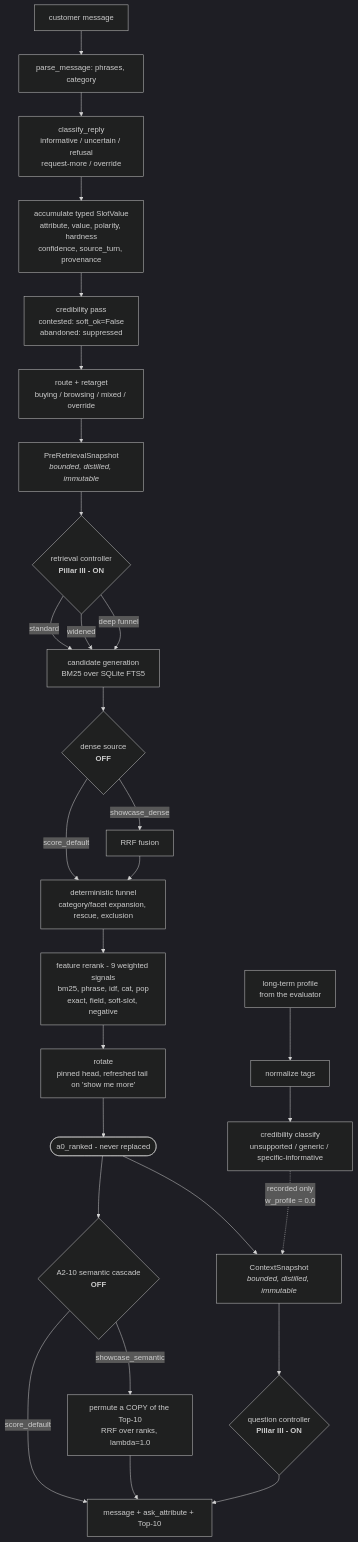
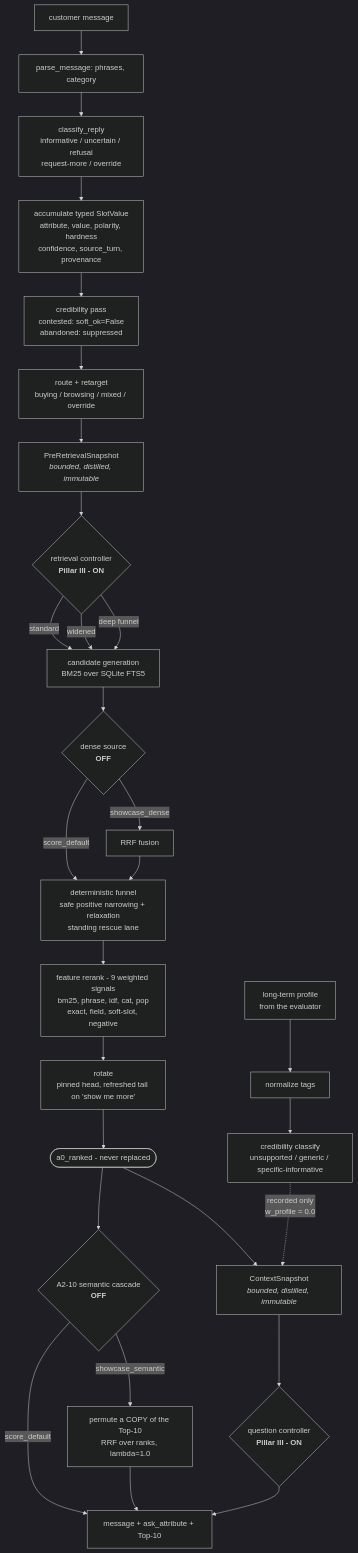
Before and after one commit to Kairon-2005/techjam2026: the diagram in docs/ARCHITECTURE.md, drawn with Mermaid (dark theme). The commit also changed other lines of this file and 8 other files, not shown here.

````diff
--- a/docs/ARCHITECTURE.md
+++ b/docs/ARCHITECTURE.md
@@ -22,36 +22,36 @@
 ```mermaid
 flowchart TD
     MSG["customer message"] --> PARSE["parse_message: phrases, category"]
     PARSE --> CLASSIFY["classify_reply<br/>informative / uncertain / refusal<br/>request-more / override"]
     CLASSIFY --> EVID["accumulate typed SlotValue<br/>attribute, value, polarity, hardness<br/>confidence, source_turn, provenance"]
     EVID --> CRED["credibility pass<br/>contested: soft_ok=False<br/>abandoned: suppressed"]
     CRED --> ROUTE["route + retarget<br/>buying / browsing / mixed / override"]
 
     ROUTE --> PRE["PreRetrievalSnapshot<br/><i>bounded, distilled, immutable</i>"]
     PRE --> RCTL{"retrieval controller<br/><b>Pillar III - ON</b>"}
     RCTL -->|standard| GEN
     RCTL -->|widened| GEN
     RCTL -->|deep funnel| GEN
 
     GEN["candidate generation<br/>BM25 over SQLite FTS5"] --> DENSE{"dense source<br/><b>OFF</b>"}
     DENSE -->|showcase_dense| RRF["RRF fusion"]
     DENSE -->|score_default| FUNNEL
-    RRF --> FUNNEL["deterministic funnel<br/>category/facet expansion, rescue, exclusion"]
+    RRF --> FUNNEL["deterministic funnel<br/>safe positive narrowing + relaxation<br/>standing rescue lane"]
 
     FUNNEL --> RERANK["feature rerank - 9 weighted signals<br/>bm25, phrase, idf, cat, pop<br/>exact, field, soft-slot, negative"]
     RERANK --> ROT["rotate<br/>pinned head, refreshed tail on 'show me more'"]
     ROT --> A0(["a0_ranked - never replaced"])
 
     A0 --> SEM{"A2-10 semantic cascade<br/><b>OFF</b>"}
     SEM -->|showcase_semantic| PERM["permute a COPY of the Top-10<br/>RRF over ranks, lambda=1.0"]
     SEM -->|score_default| OUT
     PERM --> OUT
 
     A0 --> CTX["ContextSnapshot<br/><i>bounded, distilled, immutable</i>"]
     CTX --> QCTL{"question controller<br/><b>Pillar III - ON</b>"}
     QCTL --> OUT["message + ask_attribute + Top-10"]
 
     PROF["long-term profile<br/>from the evaluator"] --> NORM["normalize tags"]
     NORM --> JUDGE["credibility classify<br/>unsupported / generic / specific-informative"]
     JUDGE -.->|"recorded only<br/>w_profile = 0.0"| CTX
 ```
````
